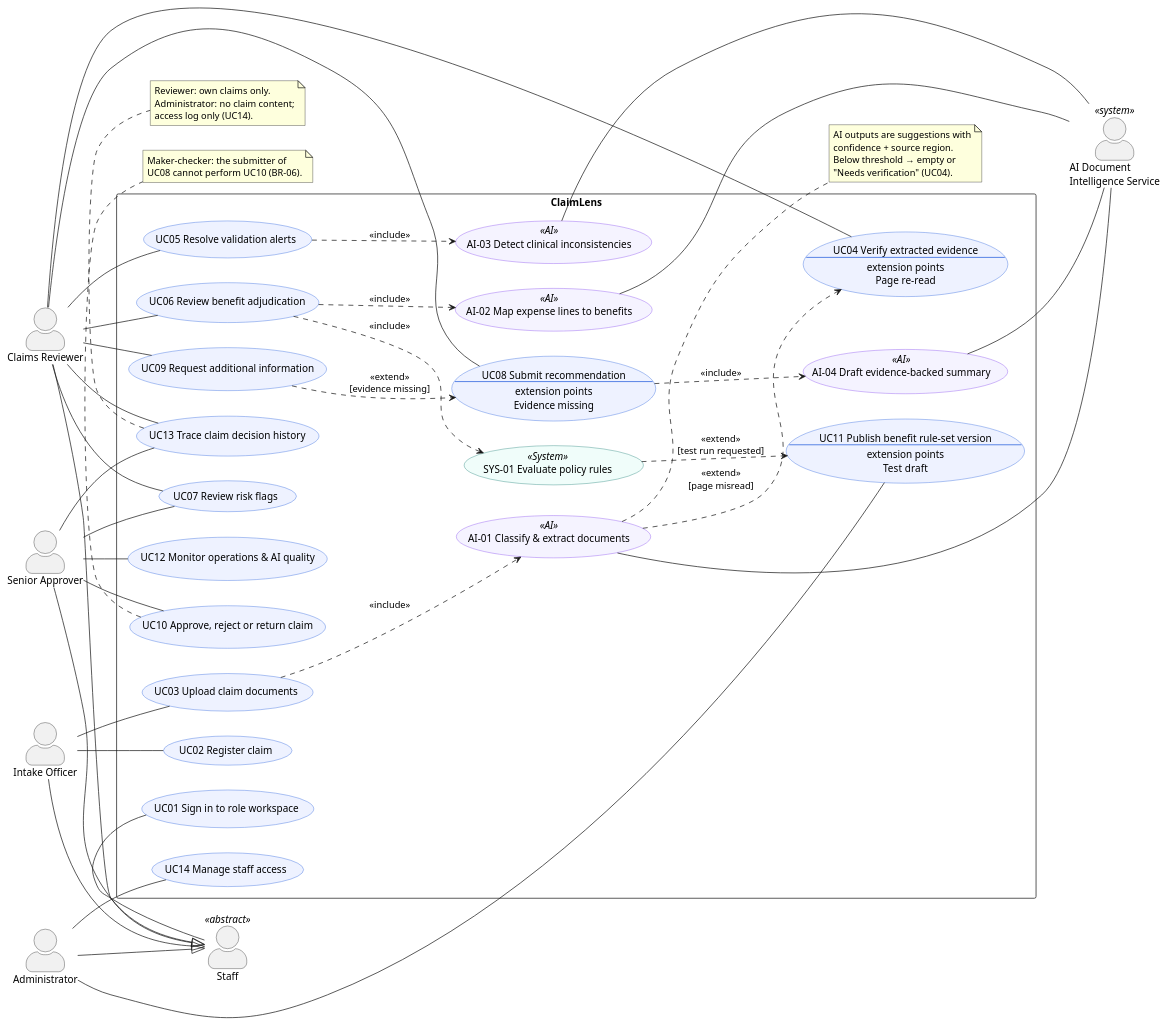
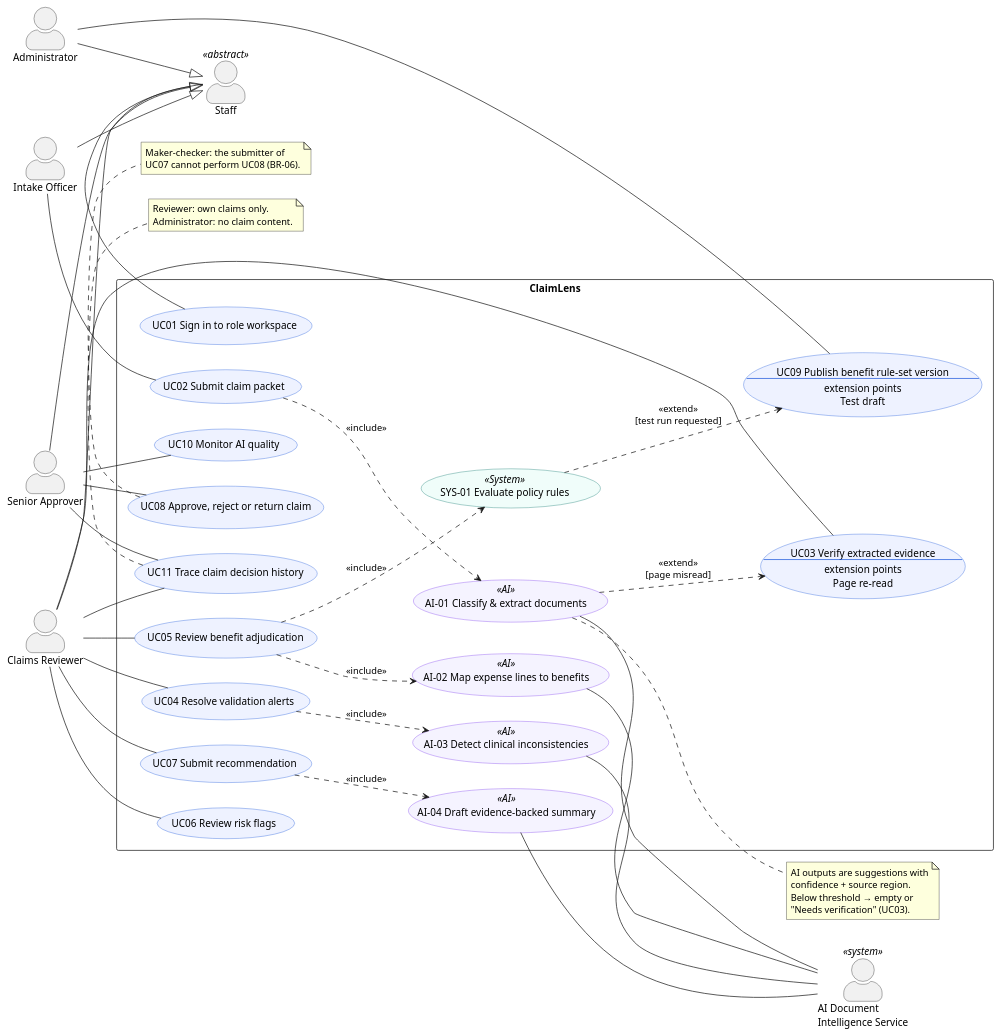
The diagram in docs/diagrams/use-case.puml (cuonglpv/PMDC-AITHUCCHIEN), drawn with PlantUML before and after one commit. The commit also changed 25 other files, not shown here.

```diff
--- a/docs/diagrams/use-case.puml
+++ b/docs/diagrams/use-case.puml
@@ -1,112 +1,100 @@
 @startuml use-case
 ' Strict UML use case diagram — render with PlantUML (VS Code extension or plantuml.jar)
 ' Must stay consistent with the Mermaid diagram in docs/03-use-cases.md
 left to right direction
 skinparam packageStyle rectangle
 skinparam actorStyle awesome
 skinparam usecase {
   BackgroundColor #EEF2FF
   BorderColor #1A56DB
   BackgroundColor<<AI>> #F5F3FF
   BorderColor<<AI>> #7C3AED
   BackgroundColor<<System>> #F0FDFA
   BorderColor<<System>> #0F766E
 }
 
 ' Primary actors (left)
 actor "Staff" as Staff <<abstract>>
 actor "Intake Officer" as Intake
 actor "Claims Reviewer" as Reviewer
 actor "Senior Approver" as Approver
 actor "Administrator" as Admin
 
 Intake --|> Staff
 Reviewer --|> Staff
 Approver --|> Staff
 Admin --|> Staff
 
 rectangle "ClaimLens" {
   usecase "UC01 Sign in to role workspace" as UC01
-  usecase "UC02 Register claim" as UC02
-  usecase "UC03 Upload claim documents" as UC03
-  usecase UC04 as "UC04 Verify extracted evidence
+  usecase "UC02 Submit claim packet" as UC02
+  usecase UC03 as "UC03 Verify extracted evidence
 --
 extension points
 Page re-read"
-  usecase "UC05 Resolve validation alerts" as UC05
-  usecase "UC06 Review benefit adjudication" as UC06
-  usecase "UC07 Review risk flags" as UC07
-  usecase UC08 as "UC08 Submit recommendation
---
-extension points
-Evidence missing"
-  usecase "UC09 Request additional information" as UC09
-  usecase "UC10 Approve, reject or return claim" as UC10
-  usecase UC11 as "UC11 Publish benefit rule-set version
+  usecase "UC04 Resolve validation alerts" as UC04
+  usecase "UC05 Review benefit adjudication" as UC05
+  usecase "UC06 Review risk flags" as UC06
+  usecase "UC07 Submit recommendation" as UC07
+  usecase "UC08 Approve, reject or return claim" as UC08
+  usecase UC09 as "UC09 Publish benefit rule-set version
 --
 extension points
 Test draft"
-  usecase "UC12 Monitor operations & AI quality" as UC12
-  usecase "UC13 Trace claim decision history" as UC13
-  usecase "UC14 Manage staff access" as UC14
+  usecase "UC10 Monitor AI quality" as UC10
+  usecase "UC11 Trace claim decision history" as UC11
 
   usecase "AI-01 Classify & extract documents" as AI01 <<AI>>
   usecase "AI-02 Map expense lines to benefits" as AI02 <<AI>>
   usecase "AI-03 Detect clinical inconsistencies" as AI03 <<AI>>
   usecase "AI-04 Draft evidence-backed summary" as AI04 <<AI>>
 
   usecase "SYS-01 Evaluate policy rules" as SYS01 <<System>>
 }
 
 ' Secondary actor (right)
 actor "AI Document\nIntelligence Service" as AISvc <<system>>
 
 Staff -- UC01
 Intake -- UC02
-Intake -- UC03
+Reviewer -- UC03
 Reviewer -- UC04
 Reviewer -- UC05
 Reviewer -- UC06
 Reviewer -- UC07
-Reviewer -- UC08
-Reviewer -- UC09
-Reviewer -- UC13
-Approver -- UC07
+Reviewer -- UC11
+Approver -- UC08
 Approver -- UC10
-Approver -- UC12
-Approver -- UC13
-Admin -- UC11
-Admin -- UC14
+Approver -- UC11
+Admin -- UC09
 
-UC03 ..> AI01 : <<include>>
-AI01 ..> UC04 : <<extend>>\n[page misread]
-UC05 ..> AI03 : <<include>>
-UC06 ..> AI02 : <<include>>
-UC06 ..> SYS01 : <<include>>
-UC08 ..> AI04 : <<include>>
-UC09 ..> UC08 : <<extend>>\n[evidence missing]
-SYS01 ..> UC11 : <<extend>>\n[test run requested]
+UC02 ..> AI01 : <<include>>
+AI01 ..> UC03 : <<extend>>\n[page misread]
+UC04 ..> AI03 : <<include>>
+UC05 ..> AI02 : <<include>>
+UC05 ..> SYS01 : <<include>>
+UC07 ..> AI04 : <<include>>
+SYS01 ..> UC09 : <<extend>>\n[test run requested]
 
 AI01 -- AISvc
 AI02 -- AISvc
 AI03 -- AISvc
 AI04 -- AISvc
 
 note right of AI01
   AI outputs are suggestions with
   confidence + source region.
   Below threshold → empty or
-  "Needs verification" (UC04).
+  "Needs verification" (UC03).
 end note
 
-note bottom of UC10
+note bottom of UC08
   Maker–checker: the submitter of
-  UC08 cannot perform UC10 (BR-06).
+  UC07 cannot perform UC08 (BR-06).
 end note
 
-note bottom of UC13
+note bottom of UC11
   Reviewer: own claims only.
-  Administrator: no claim content;
-  access log only (UC14).
+  Administrator: no claim content.
 end note
 @enduml
```
